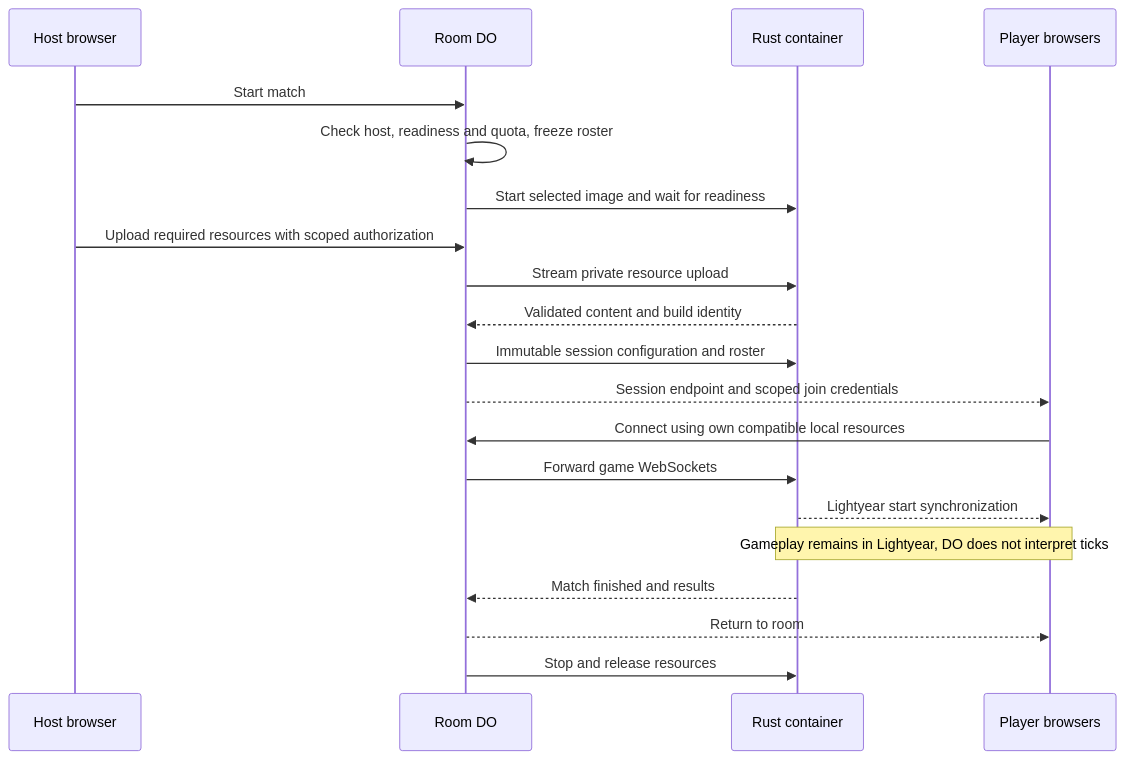
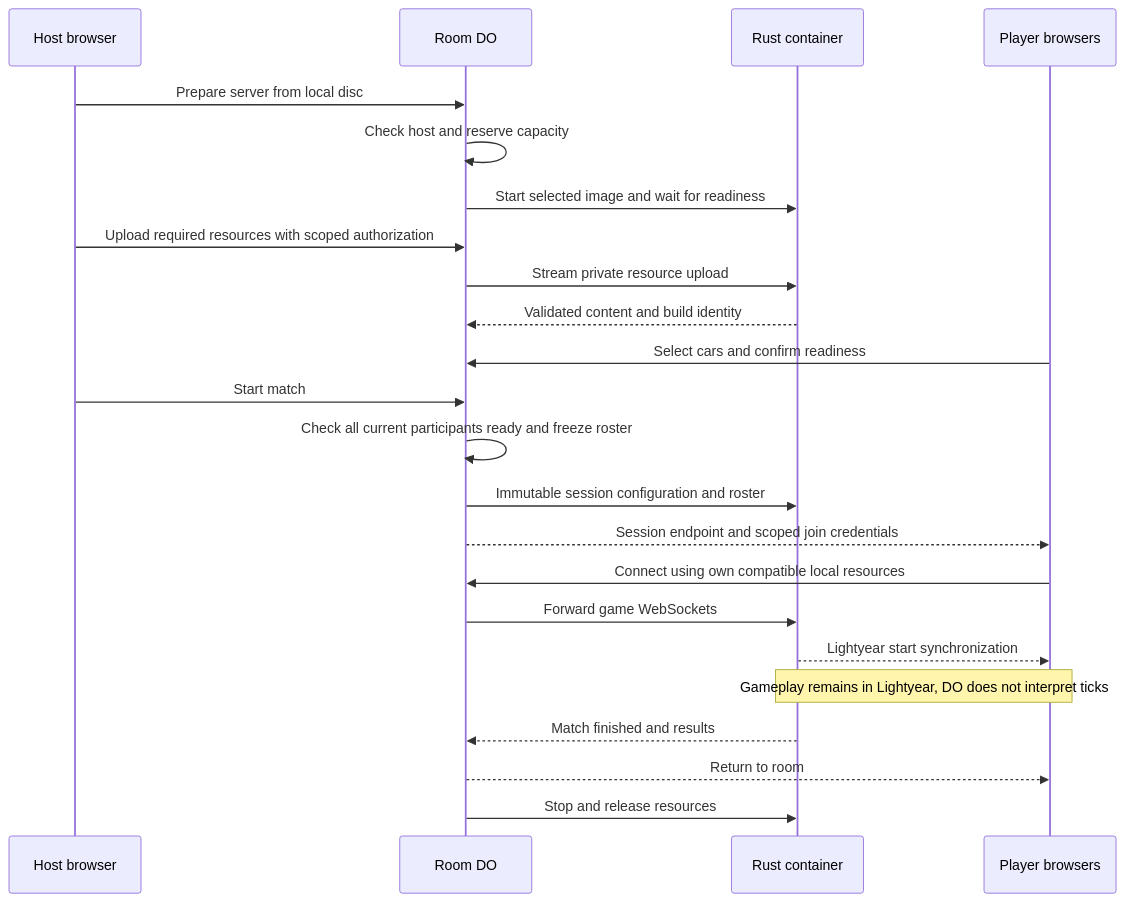
Before and after one commit to ediskandarov/rusty-metal-4: the third of 4 diagrams in docs/cloudflare-architecture.md, drawn with Mermaid. The commit also changed other lines of this file and 25 other files, not shown here.

````diff
--- a/docs/cloudflare-architecture.md
+++ b/docs/cloudflare-architecture.md
@@ -59,22 +59,25 @@
 ```mermaid
 sequenceDiagram
     participant H as Host browser
     participant L as Room DO
     participant C as Rust container
     participant P as Player browsers
-    H->>L: Start match
-    L->>L: Check host, readiness and quota, freeze roster
+    H->>L: Prepare server from local disc
+    L->>L: Check host and reserve capacity
     L->>C: Start selected image and wait for readiness
     H->>L: Upload required resources with scoped authorization
     L->>C: Stream private resource upload
     C-->>L: Validated content and build identity
+    P->>L: Select cars and confirm readiness
+    H->>L: Start match
+    L->>L: Check all current participants ready and freeze roster
     L->>C: Immutable session configuration and roster
     L-->>P: Session endpoint and scoped join credentials
     P->>L: Connect using own compatible local resources
     L->>C: Forward game WebSockets
     C-->>P: Lightyear start synchronization
     Note over P,C: Gameplay remains in Lightyear, DO does not interpret ticks
     C-->>L: Match finished and results
     L-->>P: Return to room
     L->>C: Stop and release resources
 ```
````
